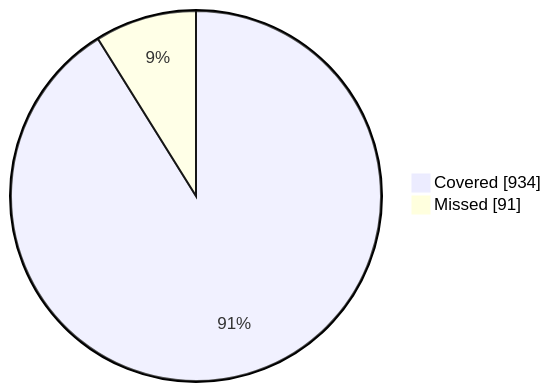
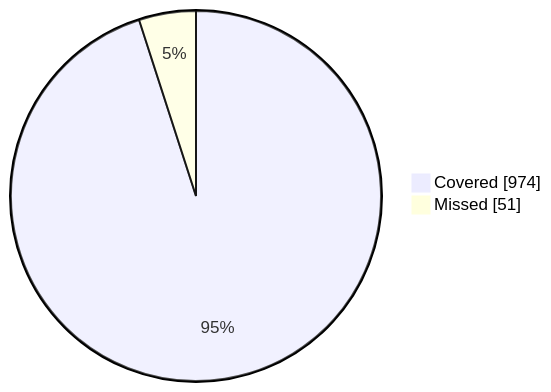
The diagram in coverage.mmd (DINGIRABZU/ABZU), drawn with Mermaid before and after one commit. The commit also changed 4 other files, not shown here.

```diff
--- a/coverage.mmd
+++ b/coverage.mmd
@@ -1,3 +1,3 @@
 pie showData
-    "Covered" : 934
-    "Missed" : 91
+    "Covered" : 974
+    "Missed" : 51
```
